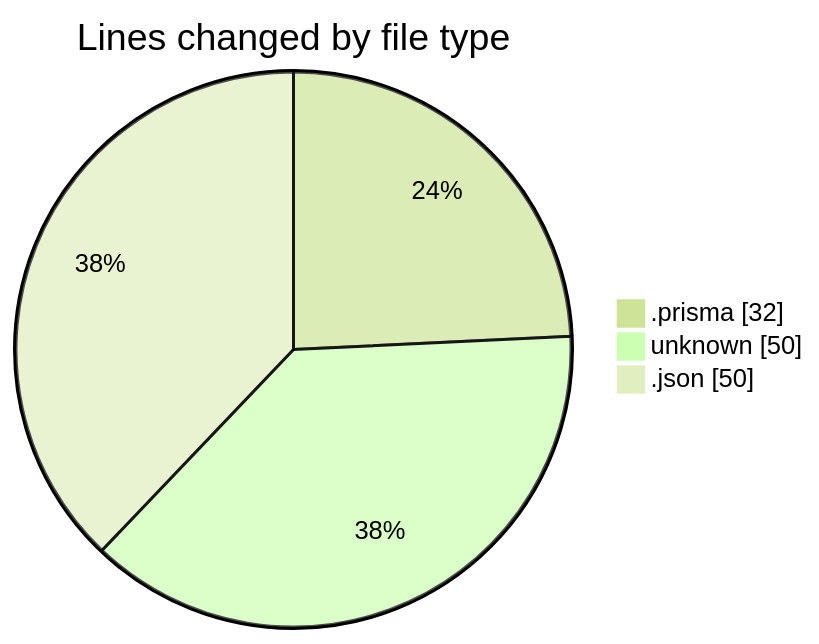
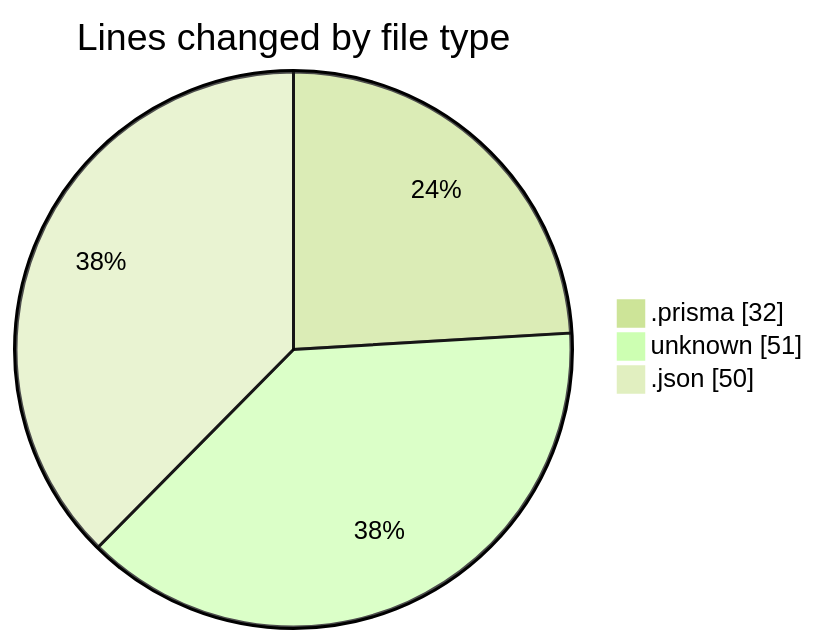
One commit to momahboobian/code-tracking changed the first of 2 diagrams in 2025-01-24/good-pr/README.md. Above: the diagram before and after it, drawn with Mermaid (forest theme). The commit also changed other lines of this file and 1 other file, not shown here.

````diff
--- a/2025-01-24/good-pr/README.md
+++ b/2025-01-24/good-pr/README.md
@@ -22,7 +22,7 @@
 ```mermaid
 pie showData
 title Lines changed by file type
 ".prisma" : 32
-"unknown" : 50
+"unknown" : 51
 ".json" : 50
 ```
````
